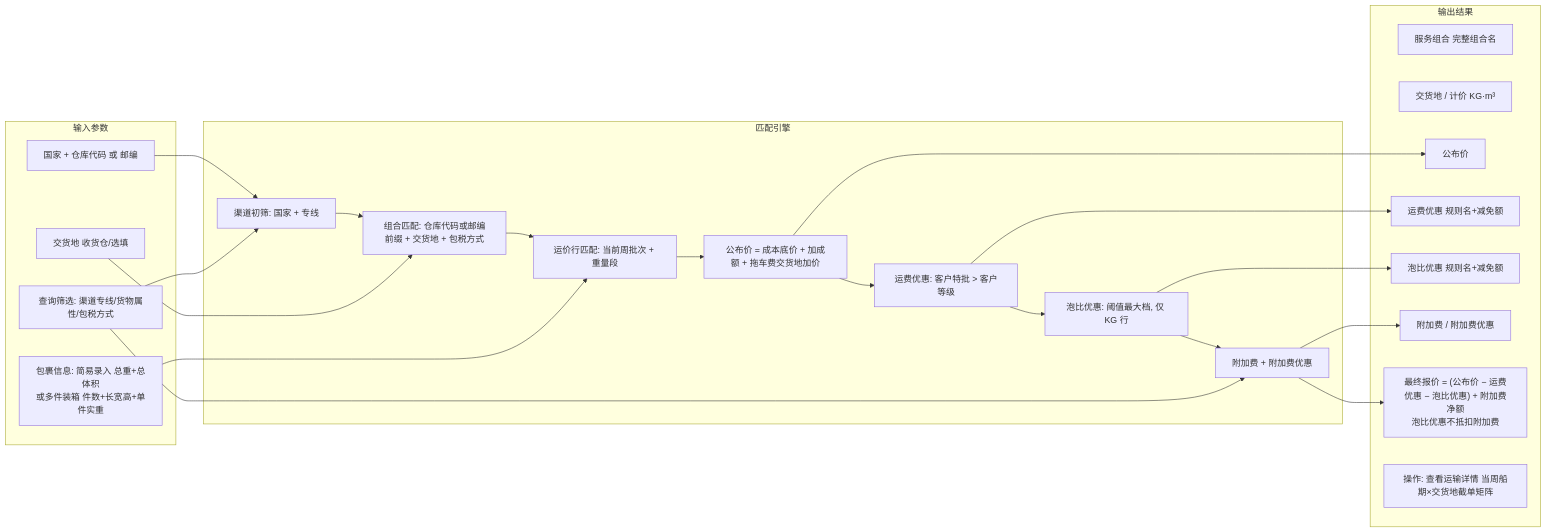
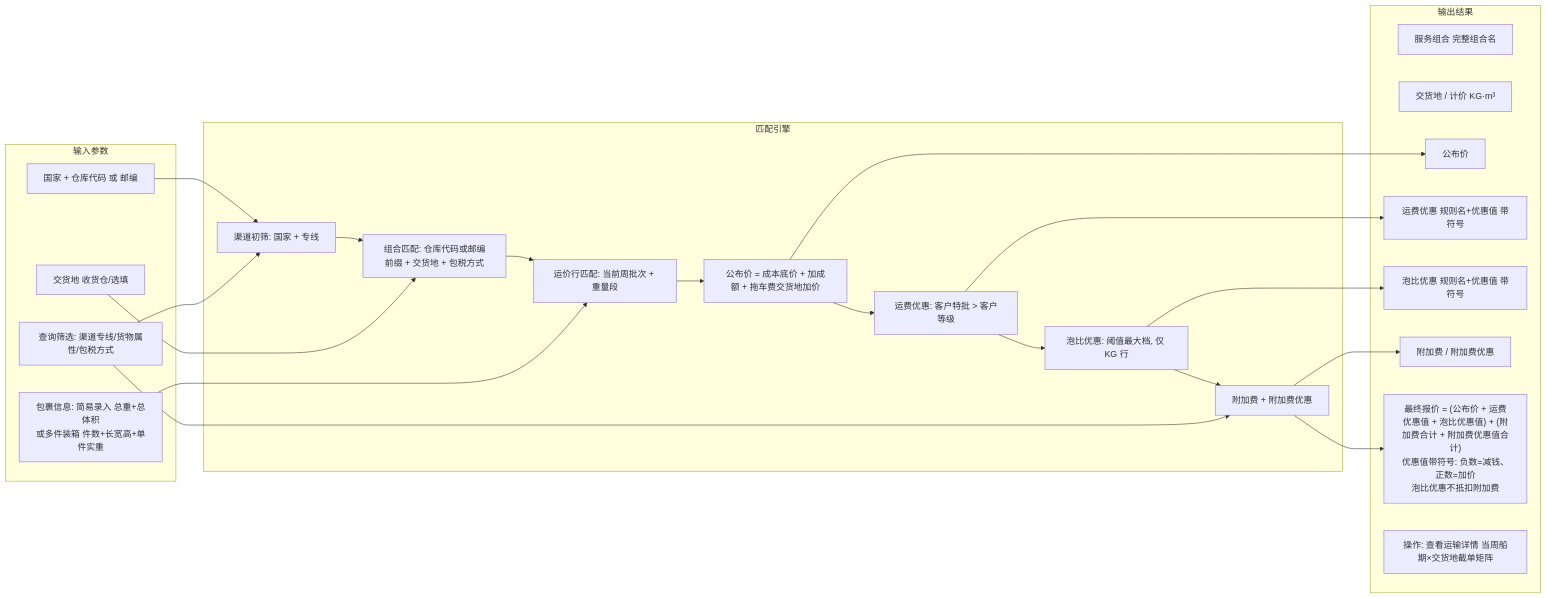
The second of 2 diagrams in 0-产品经理使用IDE/drafts/货主端/2026-09-12-用户需求.md (zhangwen960722/luna-daily), drawn with Mermaid before and after one commit. The commit also changed other lines of this file and 23 other files, not shown here.

````diff
--- a/0-产品经理使用IDE/drafts/货主端/2026-09-12-用户需求.md
+++ b/0-产品经理使用IDE/drafts/货主端/2026-09-12-用户需求.md
@@ -145,38 +146,38 @@
 ```mermaid
 flowchart LR
     subgraph 输入参数
         I1[国家 + 仓库代码 或 邮编]
         I2[交货地 收货仓/选填]
         I3[包裹信息: 简易录入 总重+总体积<br/>或多件装箱 件数+长宽高+单件实重]
         I4[查询筛选: 渠道专线/货物属性/包税方式]
     end
     subgraph 匹配引擎
         M1[渠道初筛: 国家 + 专线]
         M1 --> M2[组合匹配: 仓库代码或邮编前缀 + 交货地 + 包税方式]
         M2 --> M3[运价行匹配: 当前周批次 + 重量段]
         M3 --> M4[公布价 = 成本底价 + 加成额 + 拖车费交货地加价]
         M4 --> M5[运费优惠: 客户特批 > 客户等级]
         M5 --> M6[泡比优惠: 阈值最大档, 仅 KG 行]
         M6 --> M7[附加费 + 附加费优惠]
     end
     subgraph 输出结果
         O1[服务组合 完整组合名]
         O2[交货地 / 计价 KG·m³]
         O3[公布价]
-        O4[运费优惠 规则名+减免额]
-        O5[泡比优惠 规则名+减免额]
+        O4[运费优惠 规则名+优惠值 带符号]
+        O5[泡比优惠 规则名+优惠值 带符号]
         O6[附加费 / 附加费优惠]
-        O7["最终报价 = (公布价 − 运费优惠 − 泡比优惠) + 附加费净额<br>泡比优惠不抵扣附加费"]
+        O7["最终报价 = (公布价 + 运费优惠值 + 泡比优惠值) + (附加费合计 + 附加费优惠值合计)<br>优惠值带符号: 负数=减钱、正数=加价<br>泡比优惠不抵扣附加费"]
         O8[操作: 查看运输详情 当周船期×交货地截单矩阵]
     end
     I1 --> M1
     I2 --> M2
     I3 --> M3
     I4 --> M1
     I4 --> M7
     M7 --> O6
     M4 --> O3
     M5 --> O4
     M6 --> O5
     M7 --> O7
 ```
````
